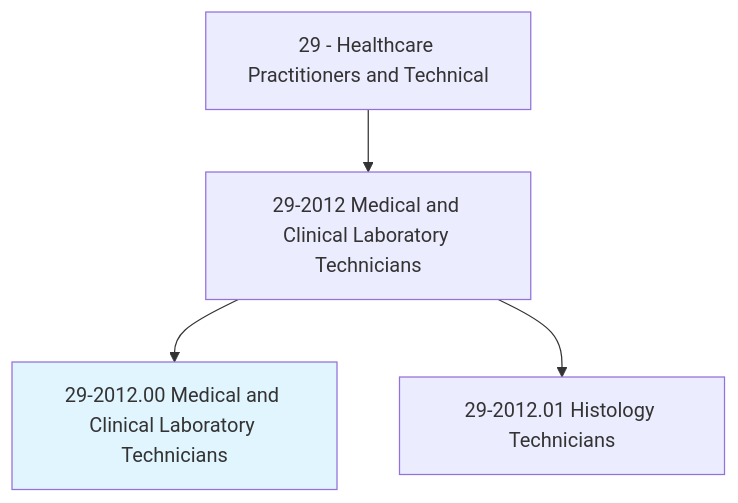
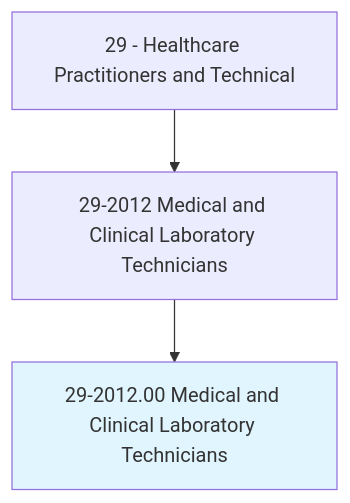
One commit to kziemski/business.org.ai changed the first of 4 diagrams in occupations/HealthcarePractitioners/MedicalAndClinicalLaboratoryTechnicians.mdx. Above: the diagram before and after it, drawn with Mermaid. The commit also changed other lines of this file and 938 other files, not shown here.

````diff
--- a/occupations/HealthcarePractitioners/MedicalAndClinicalLaboratoryTechnicians.mdx
+++ b/occupations/HealthcarePractitioners/MedicalAndClinicalLaboratoryTechnicians.mdx
@@ -19,7 +23,6 @@
 ```mermaid
 graph TD
     Cat29["29 - Healthcare Practitioners and Technical"] --> Group292012["29-2012 Medical and Clinical Laboratory Technicians"]
     Group292012 --> Current["29-2012.00 Medical and Clinical Laboratory Technicians"]
     style Current fill:#e1f5fe
-    Group292012 --> V29201201["29-2012.01 Histology Technicians"]
 ```
````
